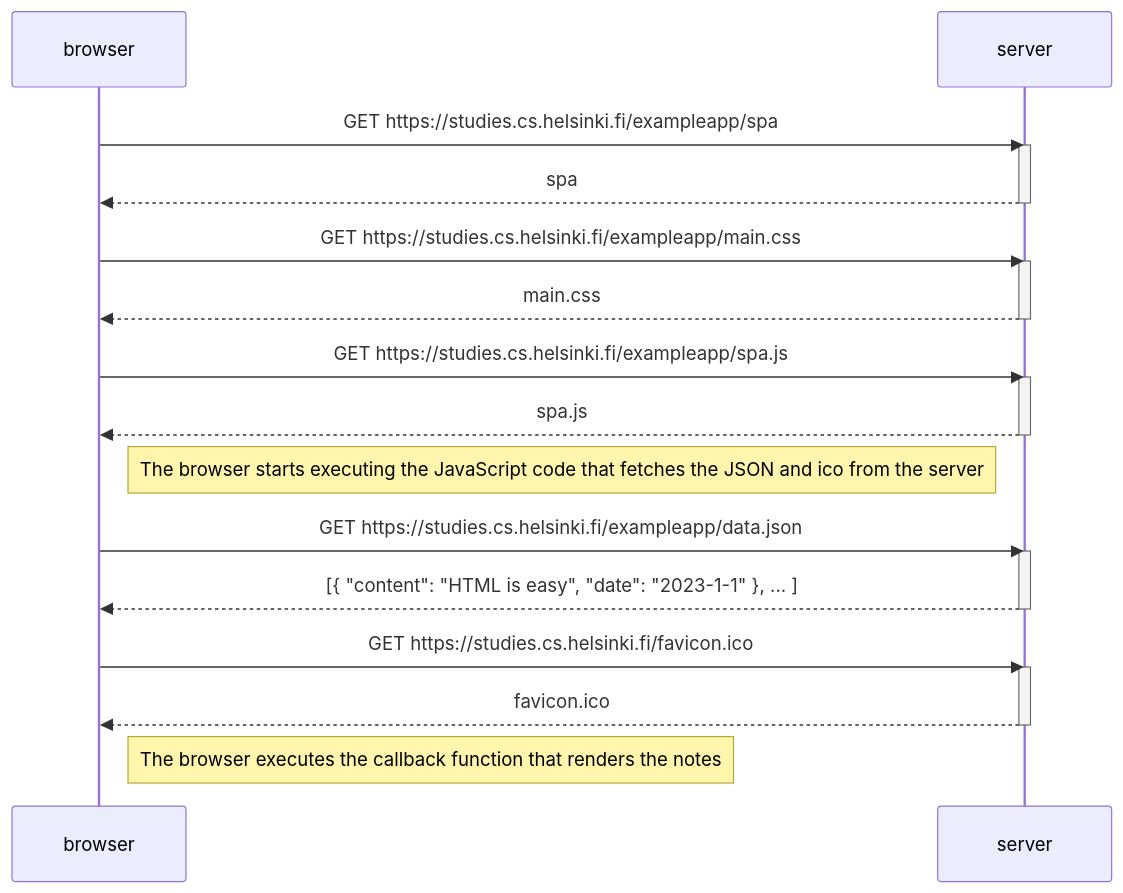
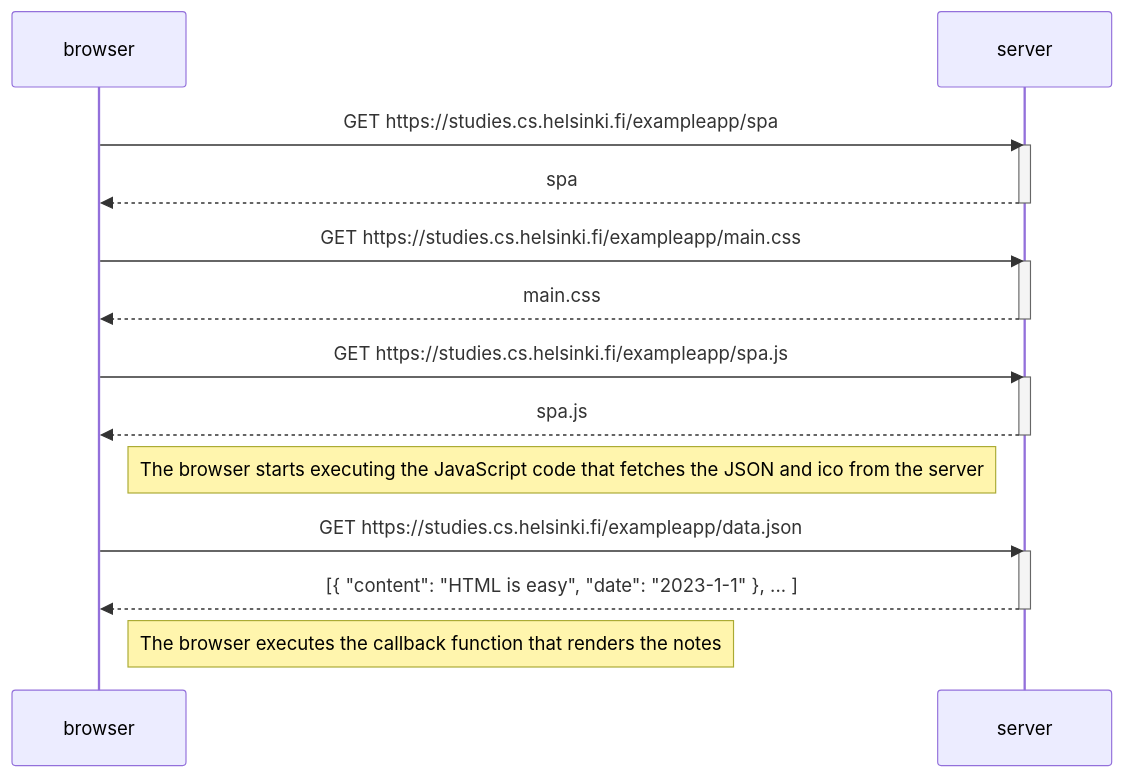
The diagram in osa0/0.5 single-page-App.md (eetutaipale/fullstackhole), drawn with Mermaid before and after one commit.

Commit message:
Update 0.5 single-page-App.md

````diff
--- a/osa0/0.5 single-page-App.md
+++ b/osa0/0.5 single-page-App.md
@@ -1,35 +1,30 @@
 ```mermaid
 sequenceDiagram
     participant browser
     participant server
     
     browser->>server: GET https://studies.cs.helsinki.fi/exampleapp/spa
     activate server
     server-->>browser: spa
     deactivate server
     
     browser->>server: GET https://studies.cs.helsinki.fi/exampleapp/main.css
     activate server
     server-->>browser: main.css
     deactivate server
     
     browser->>server: GET https://studies.cs.helsinki.fi/exampleapp/spa.js
     activate server
     server-->>browser: spa.js
     deactivate server
 
     
     Note right of browser: The browser starts executing the JavaScript code that fetches the JSON and ico from the server
     
     browser->>server: GET https://studies.cs.helsinki.fi/exampleapp/data.json
     activate server
     server-->>browser: [{ "content": "HTML is easy", "date": "2023-1-1" }, ... ]
     deactivate server   
 
-    browser->>server: GET https://studies.cs.helsinki.fi/favicon.ico
-    activate server
-    server-->>browser: favicon.ico
-    deactivate server    
-
     Note right of browser: The browser executes the callback function that renders the notes 
 ```
````
